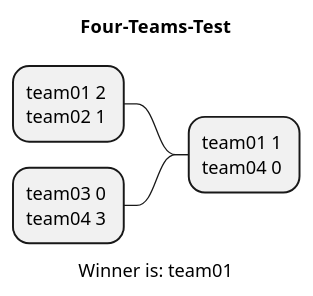
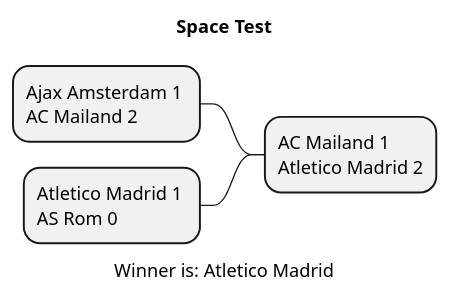
Before and after one commit to htl-leonding-project/2022-4ahif-autohaus: the diagram in asciidocs/plantuml/Result.puml, drawn with PlantUML. The commit also changed 4 other files, not shown here.

```diff
--- a/asciidocs/plantuml/Result.puml
+++ b/asciidocs/plantuml/Result.puml
@@ -1,10 +1,10 @@
-@startmindmap Four-Teams-Test.png
-title Four-Teams-Test
+@startmindmap Space Test.png
+title Space Test
 
-- team01 1 \nteam04 0
+- AC Mailand 1 \nAtletico Madrid 2
 
--- team01 2 \nteam02 1
+-- Ajax Amsterdam 1 \nAC Mailand 2
 
--- team03 0 \nteam04 3
-caption Winner is: team01
+-- Atletico Madrid 1 \nAS Rom 0
+caption Winner is: Atletico Madrid
 @endmindmap
```
